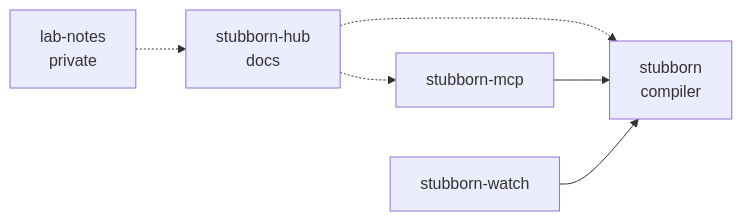
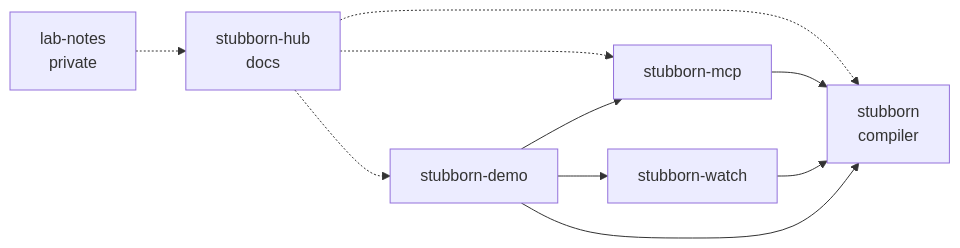
One commit to stubborn-ai/stubborn-hub changed the third of 3 diagrams in docs/ARCHITECTURE.md. Above: the diagram before and after it, drawn with Mermaid. The commit also changed other lines of this file and 5 other files, not shown here.

First line of the commit message:
Document stubborn-demo repo boundaries.

````diff
--- a/docs/ARCHITECTURE.md
+++ b/docs/ARCHITECTURE.md
@@ -94,14 +102,19 @@
 ```mermaid
 flowchart LR
   HUB["stubborn-hub<br/>docs"]
   CORE["stubborn<br/>compiler"]
   MCP["stubborn-mcp"]
   WATCH["stubborn-watch"]
+  DEMO["stubborn-demo"]
   NOTES["lab-notes<br/>private"]
 
   HUB -.-> CORE
   HUB -.-> MCP
+  HUB -.-> DEMO
   MCP --> CORE
   WATCH --> CORE
+  DEMO --> CORE
+  DEMO --> MCP
+  DEMO --> WATCH
   NOTES -.-> HUB
 ```
````
